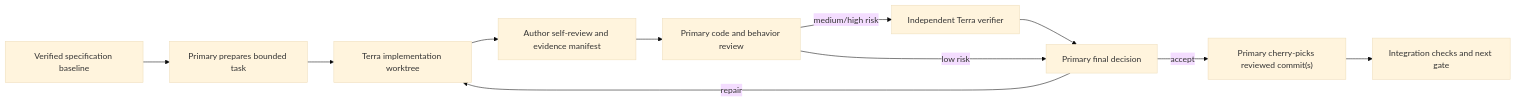
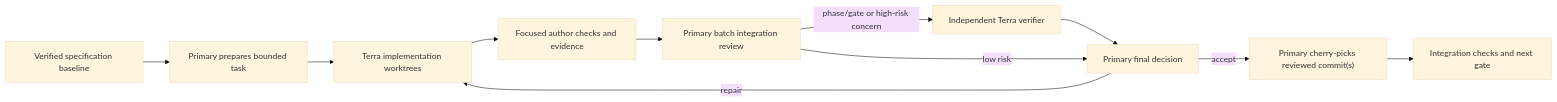
One commit to Golemh/OpenManic changed the first of 2 diagrams in docs/gui/spec/implementation-plan.md. Above: the diagram before and after it, drawn with Mermaid (base theme). The commit also changed other lines of this file and 1 other file, not shown here.

Commit message:
docs: align batch verification cadence

````diff
--- a/docs/gui/spec/implementation-plan.md
+++ b/docs/gui/spec/implementation-plan.md
@@ -34,13 +34,13 @@
 ```mermaid
 flowchart LR
     SPEC["Verified specification baseline"] --> READY["Primary prepares bounded task"]
-    READY --> AUTHOR["Terra implementation worktree"]
-    AUTHOR --> SELF["Author self-review and evidence manifest"]
-    SELF --> PRIMARY["Primary code and behavior review"]
-    PRIMARY -->|"medium/high risk"| VERIFY["Independent Terra verifier"]
+    READY --> AUTHOR["Terra implementation worktrees"]
+    AUTHOR --> SELF["Focused author checks and evidence"]
+    SELF --> PRIMARY["Primary batch integration review"]
+    PRIMARY -->|"phase/gate or high-risk concern"| VERIFY["Independent Terra verifier"]
     VERIFY --> DECIDE["Primary final decision"]
     PRIMARY -->|"low risk"| DECIDE
     DECIDE -->|"repair"| AUTHOR
     DECIDE -->|"accept"| INTEGRATE["Primary cherry-picks reviewed commit(s)"]
     INTEGRATE --> GATE["Integration checks and next gate"]
 ```
````
